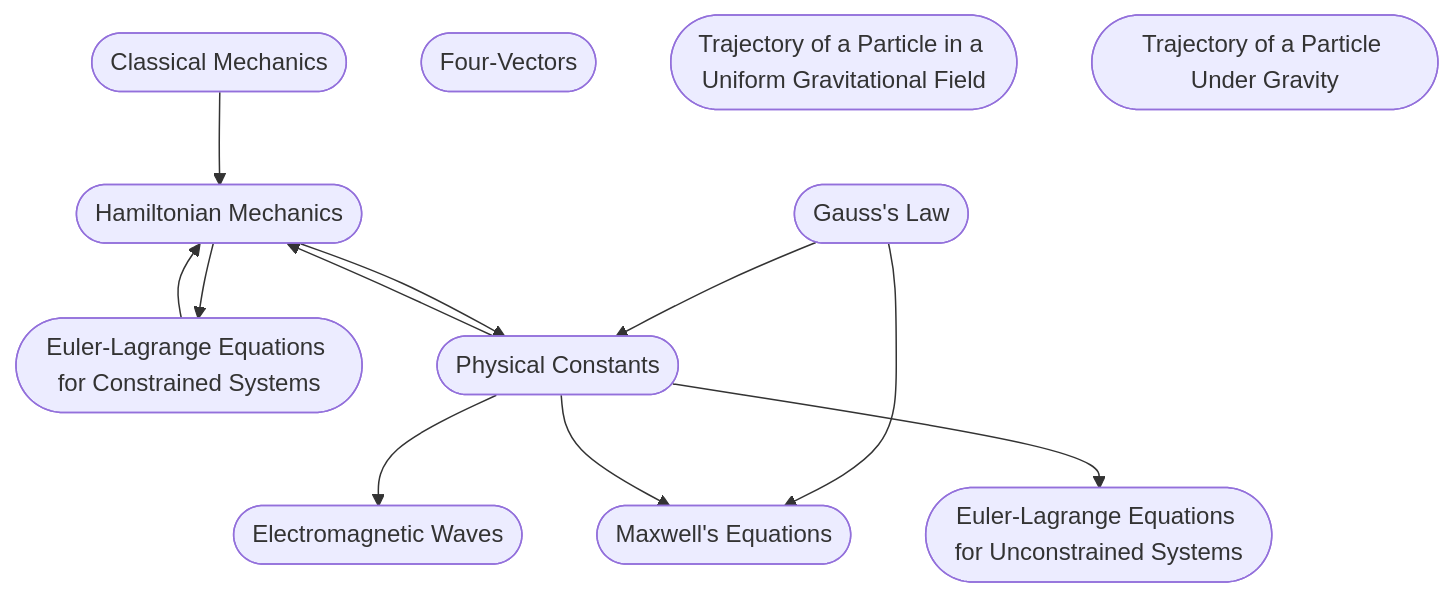
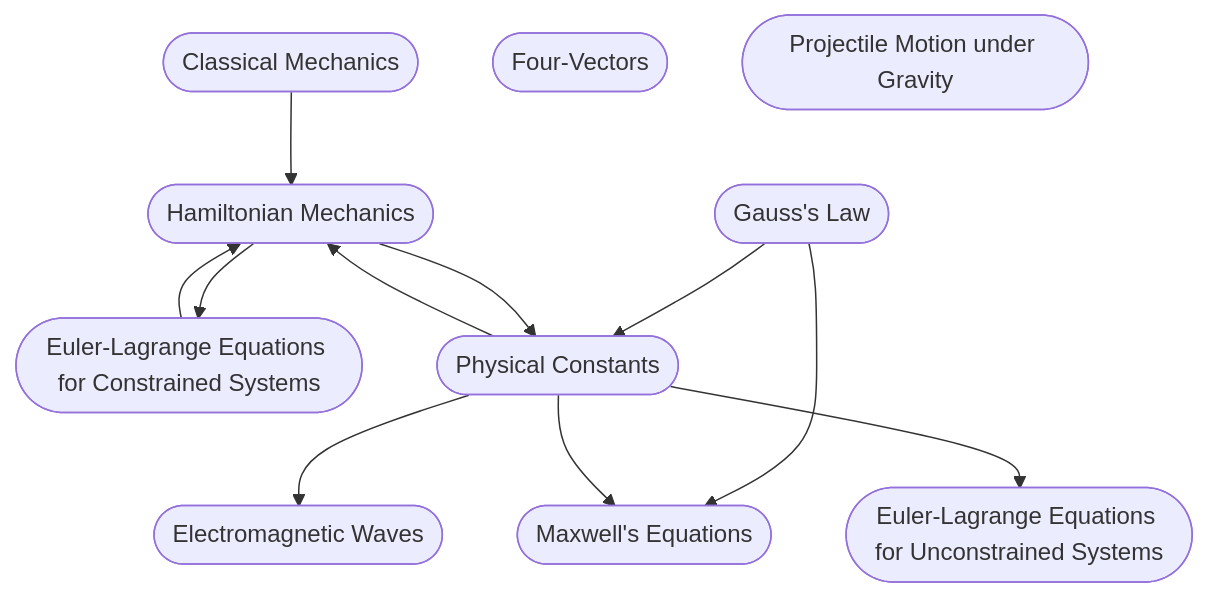
The diagram in KNOWLEDGE_GRAPH.md (Aaravshah2907/Physics-KB), drawn with Mermaid before and after one commit. The commit also changed 11 other files, not shown here.

Commit message:
Refine trajectory-under-gravity.md: Ensure smooth transitions between the separately generated sections. Remove any redundant intro/outro text from the sub-sections.

````diff
--- a/KNOWLEDGE_GRAPH.md
+++ b/KNOWLEDGE_GRAPH.md
@@ -3,24 +3,23 @@
 ```mermaid
 graph TD
   classical_mechanics([Classical Mechanics])
   electromagnetic_waves([Electromagnetic Waves])
   eulerlagrange_equations_for_constrained_systems([Euler-Lagrange Equations for Constrained Systems])
   eulerlagrange_equations_for_unconstrained_systems([Euler-Lagrange Equations for Unconstrained Systems])
   four_vectors([Four-Vectors])
   gauss_law([Gauss's Law])
   hamiltonian_mechanics([Hamiltonian Mechanics])
   maxwell_s_equations([Maxwell's Equations])
-  particle_trajectory_gravity([Trajectory of a Particle in a Uniform Gravitational Field])
-  particle_trajectory([Trajectory of a Particle Under Gravity])
   physical_constants([Physical Constants])
+  projectile_motion([Projectile Motion under Gravity])
   classical_mechanics --> hamiltonian_mechanics
   eulerlagrange_equations_for_constrained_systems --> hamiltonian_mechanics
   gauss_law --> maxwell_s_equations
   gauss_law --> physical_constants
   hamiltonian_mechanics --> eulerlagrange_equations_for_constrained_systems
   hamiltonian_mechanics --> physical_constants
   physical_constants --> electromagnetic_waves
   physical_constants --> eulerlagrange_equations_for_unconstrained_systems
   physical_constants --> hamiltonian_mechanics
   physical_constants --> maxwell_s_equations
 ```
````
